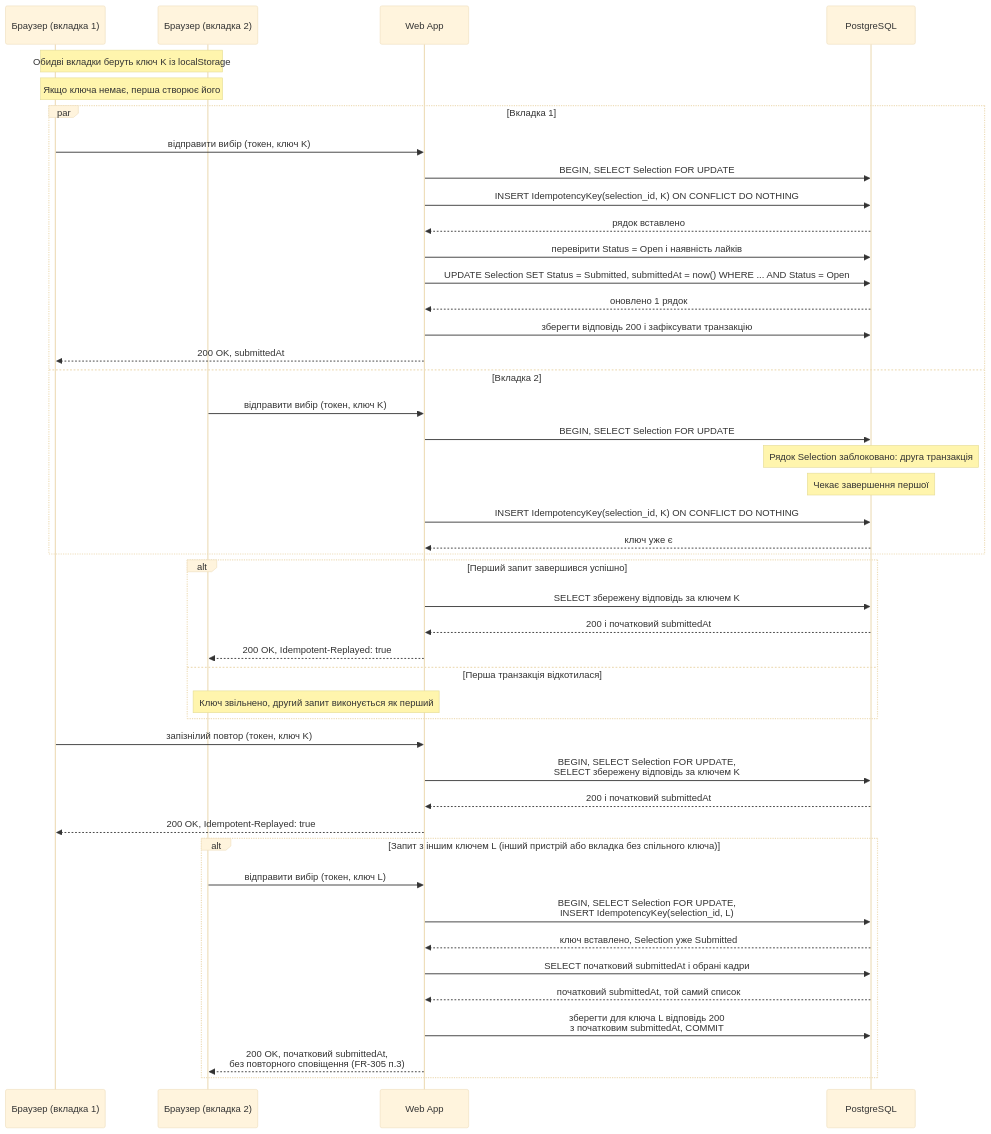
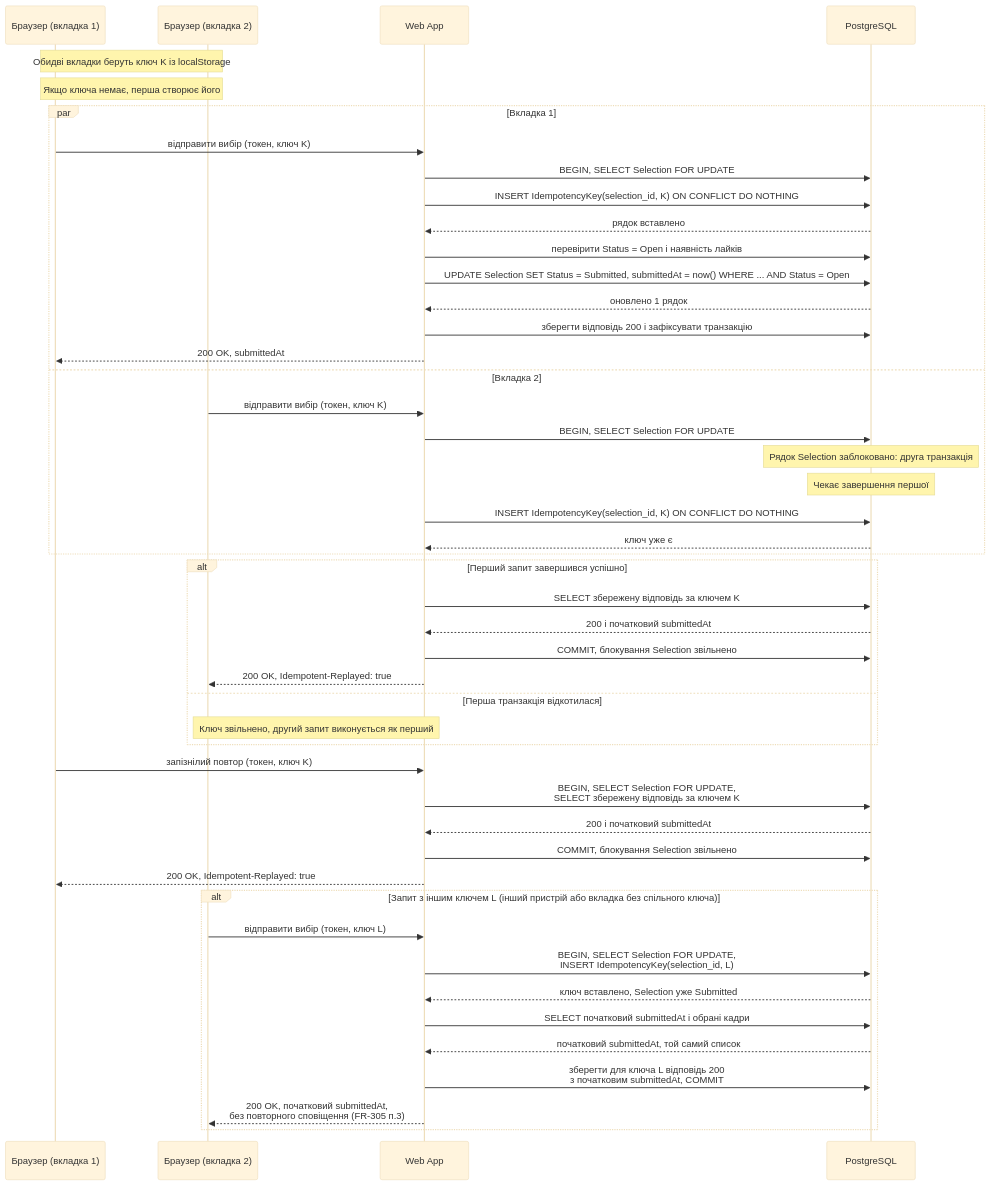
Before and after one commit to alonasaienko/picpick: the diagram in docs/06-concurrency/cs-301-idempotency-key.md, drawn with Mermaid (base theme).

Commit message:
#39 CS-301: COMMIT перед 200 у гілках із наявним ключем

````diff
--- a/docs/06-concurrency/cs-301-idempotency-key.md
+++ b/docs/06-concurrency/cs-301-idempotency-key.md
@@ -27,48 +27,50 @@
 ```mermaid
 sequenceDiagram
     participant B1 as Браузер (вкладка 1)
     participant B2 as Браузер (вкладка 2)
     participant API as Web App
     participant DB as PostgreSQL
 
     Note over B1,B2: Обидві вкладки беруть ключ K із localStorage
     Note over B1,B2: Якщо ключа немає, перша створює його
     par Вкладка 1
         B1->>API: відправити вибір (токен, ключ K)
         API->>DB: BEGIN, SELECT Selection FOR UPDATE
         API->>DB: INSERT IdempotencyKey(selection_id, K) ON CONFLICT DO NOTHING
         DB-->>API: рядок вставлено
         API->>DB: перевірити Status = Open і наявність лайків
         API->>DB: UPDATE Selection SET Status = Submitted, submittedAt = now() WHERE ... AND Status = Open
         DB-->>API: оновлено 1 рядок
         API->>DB: зберегти відповідь 200 і зафіксувати транзакцію
         API-->>B1: 200 OK, submittedAt
     and Вкладка 2
         B2->>API: відправити вибір (токен, ключ K)
         API->>DB: BEGIN, SELECT Selection FOR UPDATE
         Note over DB: Рядок Selection заблоковано: друга транзакція
         Note over DB: Чекає завершення першої
         API->>DB: INSERT IdempotencyKey(selection_id, K) ON CONFLICT DO NOTHING
         DB-->>API: ключ уже є
     end
     alt Перший запит завершився успішно
         API->>DB: SELECT збережену відповідь за ключем K
         DB-->>API: 200 і початковий submittedAt
+        API->>DB: COMMIT, блокування Selection звільнено
         API-->>B2: 200 OK, Idempotent-Replayed: true
     else Перша транзакція відкотилася
         Note over API,B2: Ключ звільнено, другий запит виконується як перший
     end
     B1->>API: запізнілий повтор (токен, ключ K)
     API->>DB: BEGIN, SELECT Selection FOR UPDATE,<br/>SELECT збережену відповідь за ключем K
     DB-->>API: 200 і початковий submittedAt
+    API->>DB: COMMIT, блокування Selection звільнено
     API-->>B1: 200 OK, Idempotent-Replayed: true
     alt Запит з іншим ключем L (інший пристрій або вкладка без спільного ключа)
         B2->>API: відправити вибір (токен, ключ L)
         API->>DB: BEGIN, SELECT Selection FOR UPDATE,<br/>INSERT IdempotencyKey(selection_id, L)
         DB-->>API: ключ вставлено, Selection уже Submitted
         API->>DB: SELECT початковий submittedAt і обрані кадри
         DB-->>API: початковий submittedAt, той самий список
         API->>DB: зберегти для ключа L відповідь 200<br/>з початковим submittedAt, COMMIT
         API-->>B2: 200 OK, початковий submittedAt,<br/>без повторного сповіщення (FR-305 п.3)
     end
 ```
````
